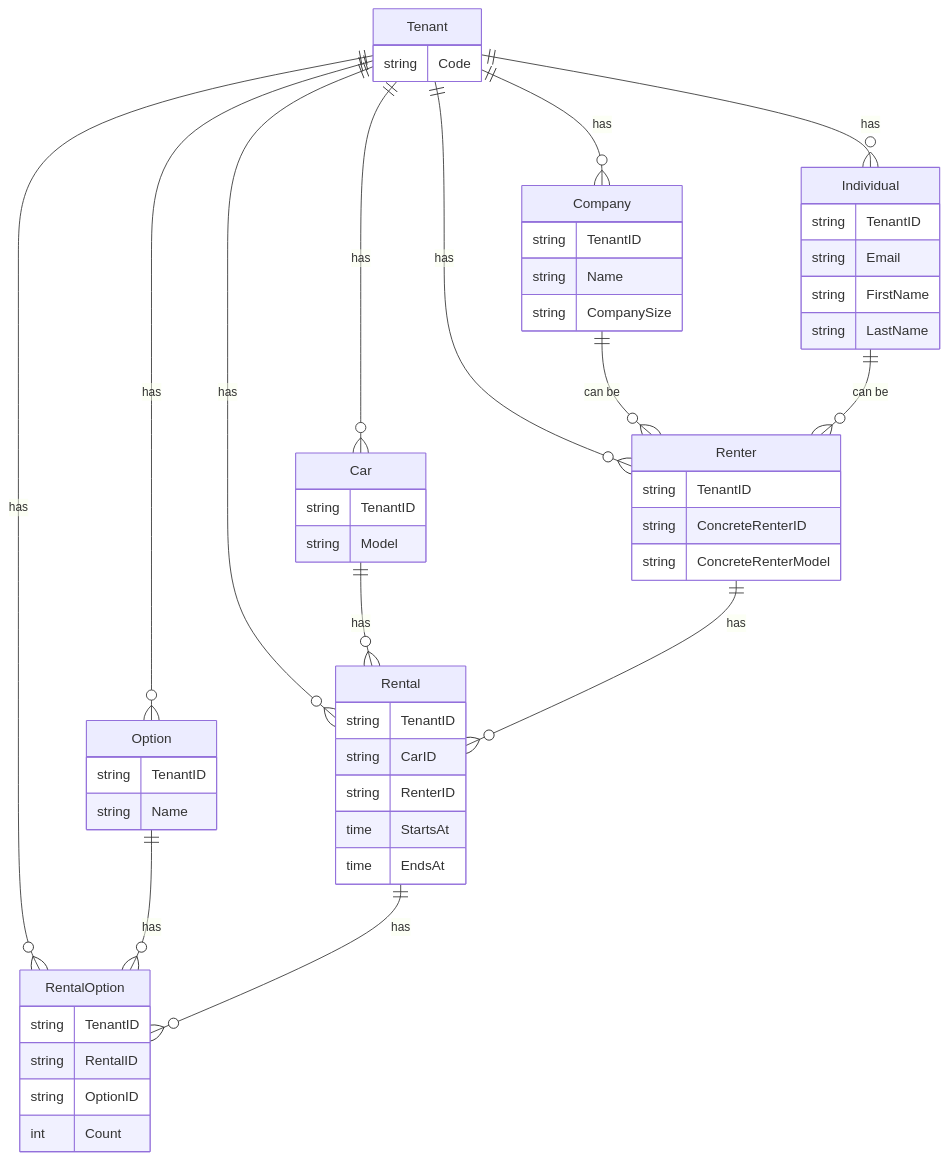
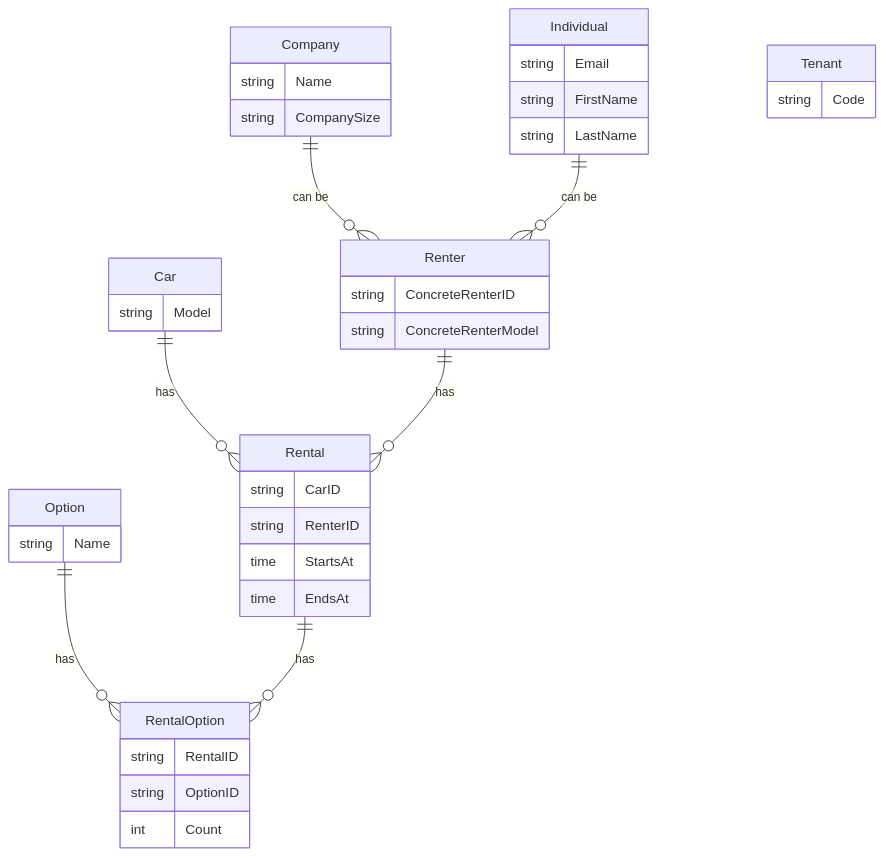
One commit to jp-ryuji/go-arch-patterns changed the diagram in docs/er-diagram.md. Above: the diagram before and after it, drawn with Mermaid. The commit also changed other lines of this file, not shown here.

Commit message:
remove tenant associations for simplicity

````diff
--- a/docs/er-diagram.md
+++ b/docs/er-diagram.md
@@ -13,66 +13,51 @@
 ```mermaid
 erDiagram
-    Tenant ||--o{ Car : has
-    Tenant ||--o{ Company : has
-    Tenant ||--o{ Individual : has
-    Tenant ||--o{ Renter : has
-    Tenant ||--o{ Rental : has
-    Tenant ||--o{ Option : has
-    Tenant ||--o{ RentalOption : has
-
     Company ||--o{ Renter : "can be"
     Individual ||--o{ Renter : "can be"
     Car ||--o{ Rental : has
 
     Renter ||--o{ Rental : has
     Option ||--o{ RentalOption : has
     Rental ||--o{ RentalOption : has
 
     Tenant {
         string Code
     }
 
     Car {
-        string TenantID
         string Model
     }
 
     Company {
-        string TenantID
         string Name
         string CompanySize
     }
 
     Individual {
-        string TenantID
         string Email
         string FirstName
         string LastName
     }
 
     Renter {
-        string TenantID
         string ConcreteRenterID
         string ConcreteRenterModel
     }
 
     Rental {
-        string TenantID
         string CarID
         string RenterID
         time StartsAt
         time EndsAt
     }
 
     Option {
-        string TenantID
         string Name
     }
 
     RentalOption {
-        string TenantID
         string RentalID
         string OptionID
         int Count
     }
 ```
````
